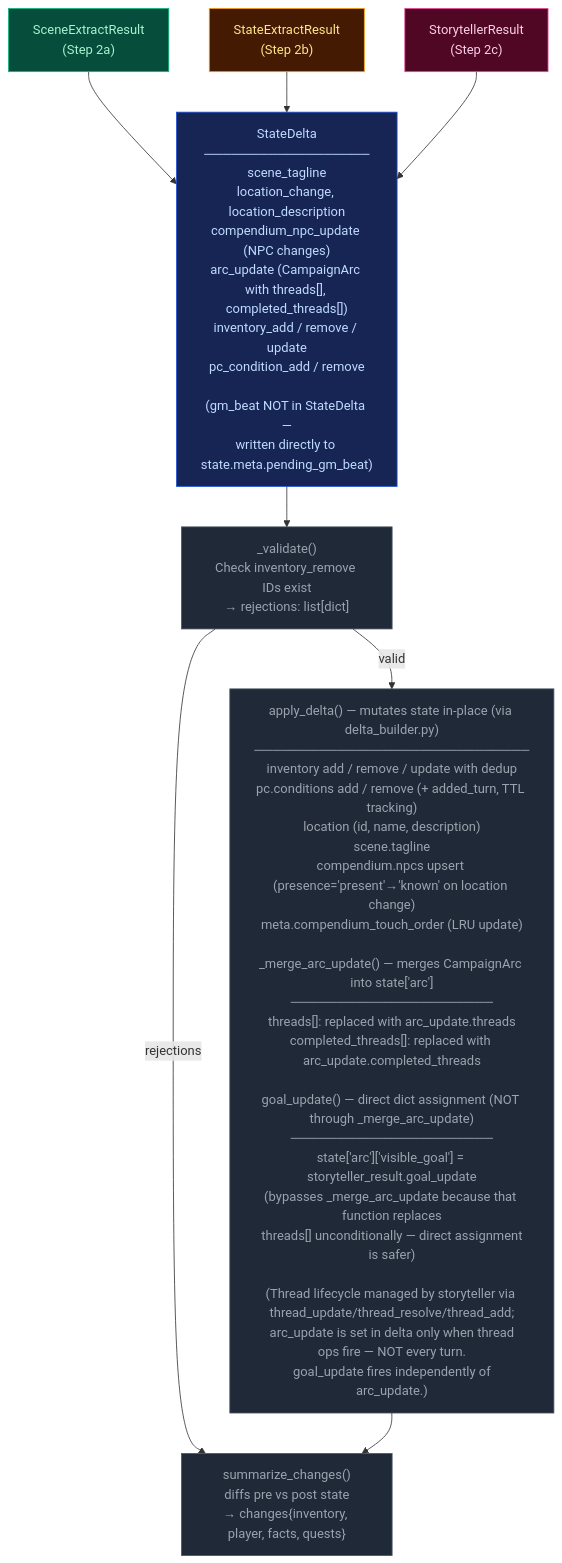
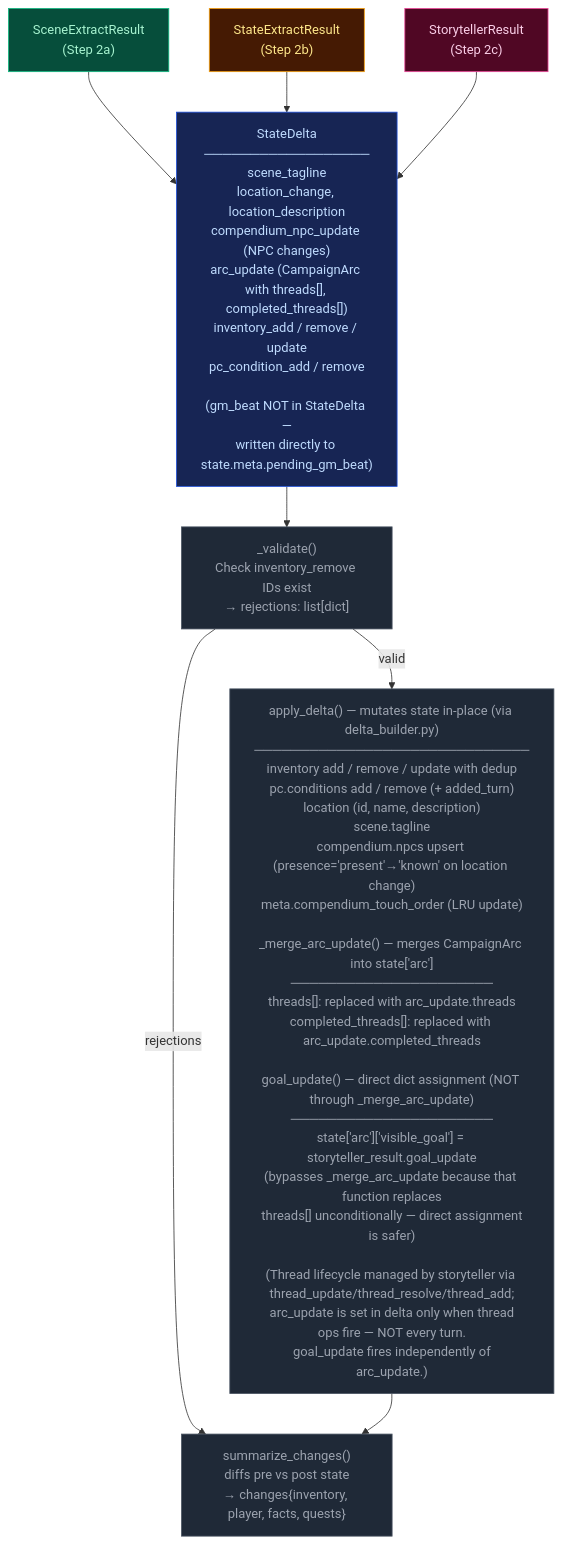
One commit to pww217/fablethread changed the diagram in docs/architecture/delta-validate.md. Above: the diagram before and after it, drawn with Mermaid. The commit also changed 16 other files, not shown here.

````diff
--- a/docs/architecture/delta-validate.md
+++ b/docs/architecture/delta-validate.md
@@ -7,28 +7,28 @@
 ```mermaid
 flowchart TD
     classDef stageScene    fill:#064e3b,color:#a7f3d0,stroke:#10b981
     classDef stageState    fill:#451a03,color:#fde68a,stroke:#f59e0b
     classDef stageProgress fill:#500724,color:#fbcfe8,stroke:#ec4899
     classDef pyNode        fill:#1f2937,color:#9ca3af,stroke:#4b5563
     classDef mergeNode     fill:#172554,color:#bfdbfe,stroke:#1d4ed8
 
     SR1["SceneExtractResult<br>(Step 2a)"]:::stageScene
     SR2["StateExtractResult<br>(Step 2b)"]:::stageState
     SR3["StorytellerResult<br>(Step 2c)"]:::stageProgress
 
     MERGE["StateDelta<br>──────────────────<br>scene_tagline<br>location_change, location_description<br>compendium_npc_update (NPC changes)<br>arc_update (CampaignArc with threads[], completed_threads[])<br>inventory_add / remove / update<br>pc_condition_add / remove<br><br>(gm_beat NOT in StateDelta —<br>written directly to state.meta.pending_gm_beat)"]:::mergeNode
 
     VALIDATE["_validate()<br>Check inventory_remove IDs exist<br>→ rejections: list[dict]"]:::pyNode
 
-    APPLY["apply_delta() — mutates state in-place (via delta_builder.py)<br>──────────────────────────────<br>inventory add / remove / update with dedup<br>pc.conditions add / remove (+ added_turn, TTL tracking)<br>location (id, name, description)<br>scene.tagline<br>compendium.npcs upsert (presence='present'→'known' on location change)<br>meta.compendium_touch_order (LRU update)<br><br>_merge_arc_update() — merges CampaignArc into state['arc']<br>──────────────────────<br>threads[]: replaced with arc_update.threads<br>completed_threads[]: replaced with arc_update.completed_threads<br><br>goal_update() — direct dict assignment (NOT through _merge_arc_update)<br>──────────────────────<br>state['arc']['visible_goal'] = storyteller_result.goal_update<br>(bypasses _merge_arc_update because that function replaces<br> threads[] unconditionally — direct assignment is safer)<br><br>(Thread lifecycle managed by storyteller via thread_update/thread_resolve/thread_add;<br> arc_update is set in delta only when thread ops fire — NOT every turn.<br> goal_update fires independently of arc_update.)"]:::pyNode
+    APPLY["apply_delta() — mutates state in-place (via delta_builder.py)<br>──────────────────────────────<br>inventory add / remove / update with dedup<br>pc.conditions add / remove (+ added_turn)<br>location (id, name, description)<br>scene.tagline<br>compendium.npcs upsert (presence='present'→'known' on location change)<br>meta.compendium_touch_order (LRU update)<br><br>_merge_arc_update() — merges CampaignArc into state['arc']<br>──────────────────────<br>threads[]: replaced with arc_update.threads<br>completed_threads[]: replaced with arc_update.completed_threads<br><br>goal_update() — direct dict assignment (NOT through _merge_arc_update)<br>──────────────────────<br>state['arc']['visible_goal'] = storyteller_result.goal_update<br>(bypasses _merge_arc_update because that function replaces<br> threads[] unconditionally — direct assignment is safer)<br><br>(Thread lifecycle managed by storyteller via thread_update/thread_resolve/thread_add;<br> arc_update is set in delta only when thread ops fire — NOT every turn.<br> goal_update fires independently of arc_update.)"]:::pyNode
 
     DIFF["summarize_changes()<br>diffs pre vs post state<br>→ changes{inventory, player, facts, quests}"]:::pyNode
 
     SR1 --> MERGE
     SR2 --> MERGE
     SR3 --> MERGE
     MERGE --> VALIDATE
     VALIDATE -- "valid" --> APPLY
     VALIDATE -- "rejections" --> DIFF
     APPLY --> DIFF
 ```
````
